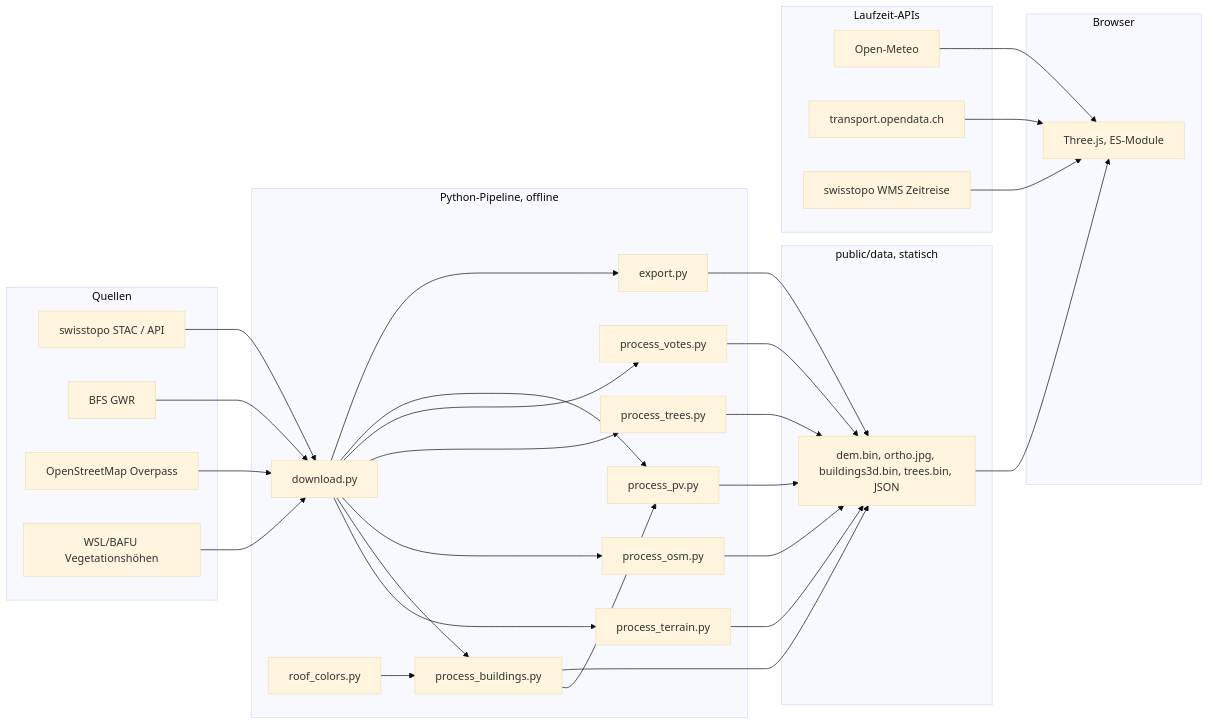
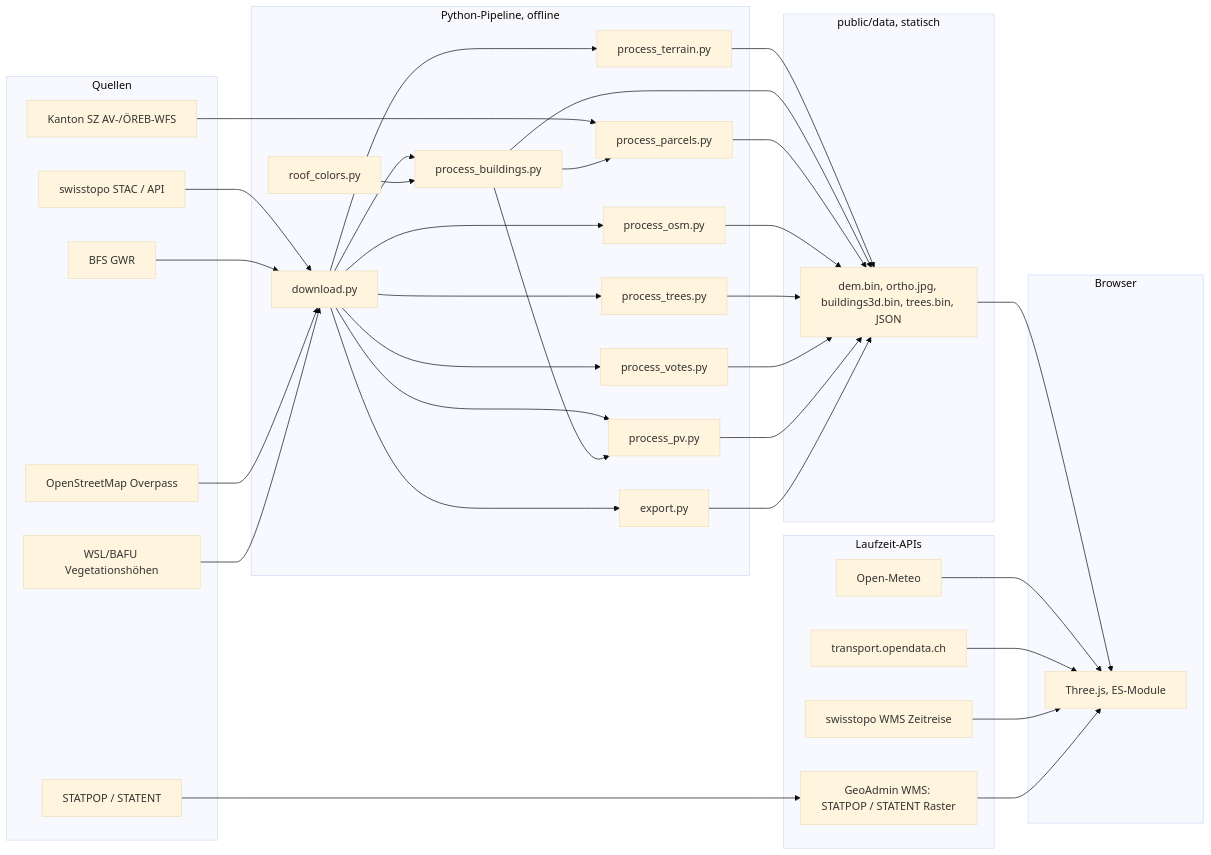
The diagram in docs/architecture.md (Zimphi75/brunnen-3d), drawn with Mermaid (base theme) before and after one commit. The commit also changed other lines of this file and 24 other files, not shown here.

````diff
--- a/docs/architecture.md
+++ b/docs/architecture.md
@@ -5,43 +5,51 @@
 ```mermaid
 flowchart LR
   subgraph Quellen
     S[swisstopo STAC / API]
     B[BFS GWR]
+    ST[STATPOP / STATENT]
+    A[Kanton SZ AV-/ÖREB-WFS]
     O[OpenStreetMap Overpass]
     V[WSL/BAFU Vegetationshöhen]
   end
   subgraph Pipeline[Python-Pipeline, offline]
     D[download.py]
     T[process_terrain.py]
     G[process_buildings.py]
+    P[process_parcels.py]
     M[process_osm.py]
     R[process_trees.py]
     Q[process_votes.py]
     PV[process_pv.py]
     C[roof_colors.py]
     E[export.py]
   end
   subgraph Daten[public/data, statisch]
     F[dem.bin, ortho.jpg, buildings3d.bin, trees.bin, JSON]
   end
   subgraph Browser
     JS[Three.js, ES-Module]
   end
   subgraph Laufzeit-APIs
     W[Open-Meteo]
-    P[transport.opendata.ch]
+    OTD[transport.opendata.ch]
     Z[swisstopo WMS Zeitreise]
+    DW[GeoAdmin WMS: STATPOP / STATENT Raster]
   end
   S --> D
   B --> D
+  A --> P
   O --> D
   V --> D
   D --> T & G & M & R & Q & PV & E
   C --> G
   G --> PV
-  T & G & M & R & Q & PV & E --> F
+  G --> P
+  T & G & P & M & R & Q & PV & E --> F
   F --> JS
   W --> JS
-  P --> JS
+  OTD --> JS
   Z --> JS
+  DW --> JS
+  ST --> DW
 ```
````
